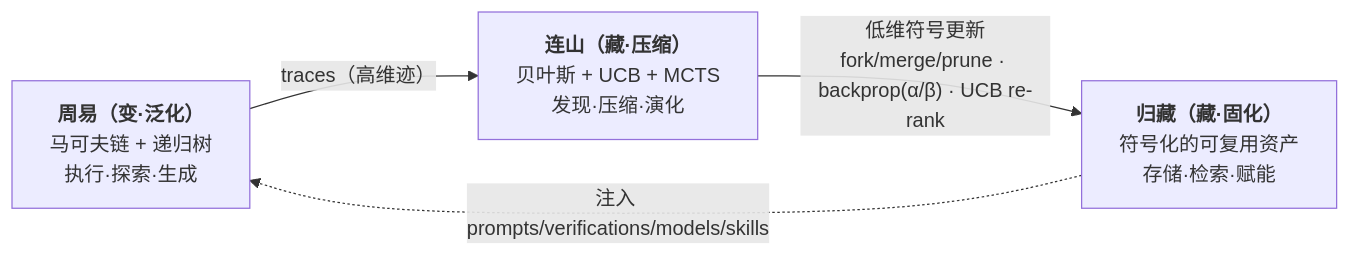
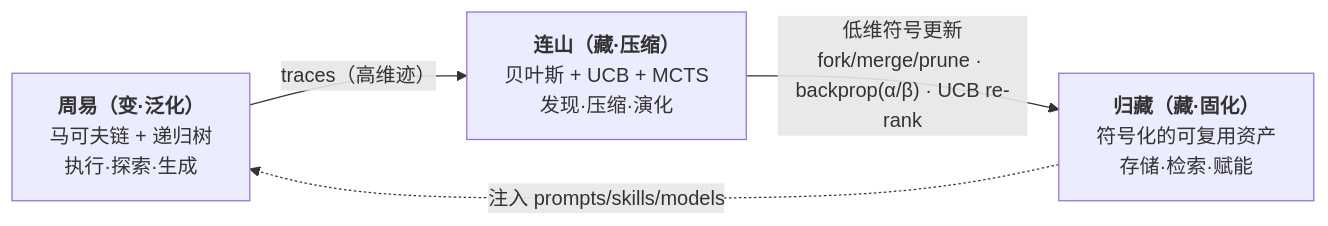
Before and after one commit to wenge6090-tech/taiji: the second of 18 diagrams in Blueprint.md, drawn with Mermaid. The commit also changed other lines of this file and 62 other files, not shown here.

````diff
--- a/Blueprint.md
+++ b/Blueprint.md
@@ -201,9 +153,9 @@
 ```mermaid
 flowchart LR
     Z["<b>周易（变·泛化）</b><br/>马可夫链 + 递归树<br/>执行·探索·生成"]
     L["<b>连山（藏·压缩）</b><br/>贝叶斯 + UCB + MCTS<br/>发现·压缩·演化"]
     G["<b>归藏（藏·固化）</b><br/>符号化的可复用资产<br/>存储·检索·赋能"]
     Z -->|"traces（高维迹）"| L
     L -->|"低维符号更新<br/>fork/merge/prune · backprop(α/β) · UCB re-rank"| G
-    G -.->|"注入 prompts/verifications/models/skills"| Z
+    G -.->|"注入 prompts/skills/models"| Z
 ```
````
